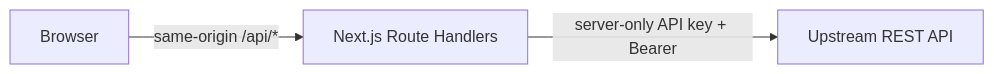
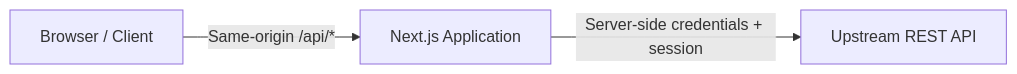
Before and after one commit to suliman-mousa/Rento-Car: the first of 7 diagrams in Web-architecture.md, drawn with Mermaid. The commit also changed other lines of this file, not shown here.

````diff
--- a/Web-architecture.md
+++ b/Web-architecture.md
@@ -30,5 +50,9 @@
 ```mermaid
 flowchart LR
-    Browser -->|same-origin /api/*| NextServer[Next.js Route Handlers]
-    NextServer -->|server-only API key + Bearer| Upstream[Upstream REST API]
+    Browser[Browser / Client]
+    Next[Next.js Application]
+    API[Upstream REST API]
+
+    Browser -->|Same-origin /api/*| Next
+    Next -->|Server-side credentials + session| API
 ```
````
